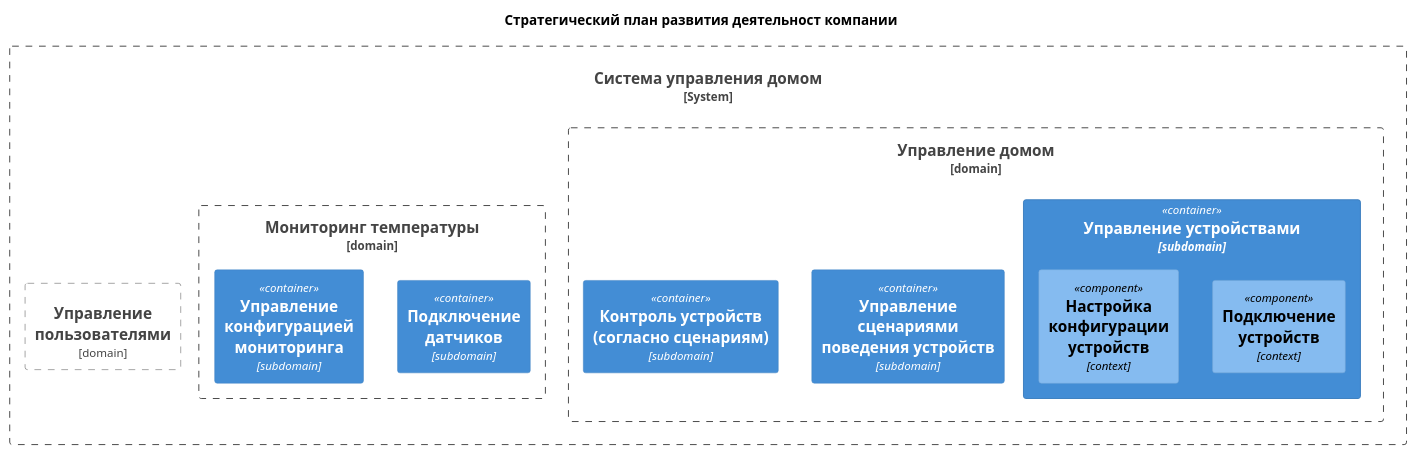
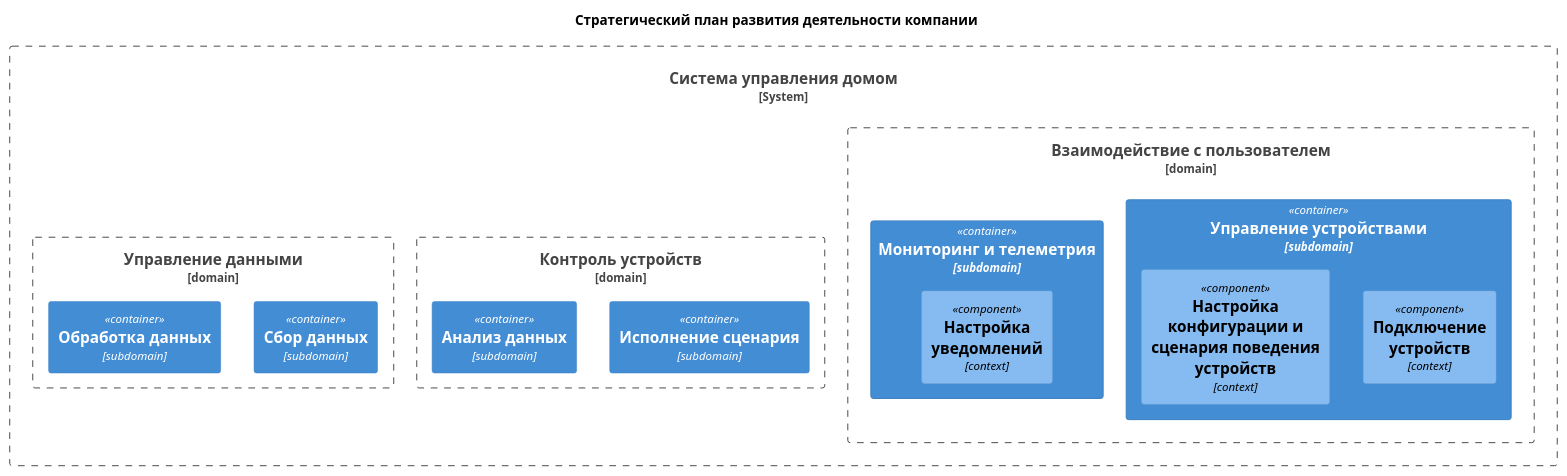
The diagram in arch/current state/domains to be.puml (asbelon/architecture-sprint-3), drawn with PlantUML before and after one commit. The commit also changed 10 other files, not shown here.

```diff
--- a/arch/current state/domains to be.puml
+++ b/arch/current state/domains to be.puml
@@ -1,23 +1,26 @@
 @startuml
-title Стратегический план развития деятельност компании
+title Стратегический план развития деятельности компании
 
 !includeurl https://raw.githubusercontent.com/RicardoNiepel/C4-PlantUML/master/C4_Component.puml
 
 System_Boundary(HeatingControlSystem, "Система управления домом") {
-    Boundary(domain_1,"Управление пользователями", "domain")
-    Boundary(domain_2,"Управление домом", "domain"){
+    Boundary(domain_1,"Взаимодействие с пользователем", "domain") {
         Container(C1, "Управление устройствами", "subdomain") {
             Component(T1,"Подключение устройств", "context")
-            Component(T2,"Настройка конфигурации устройств", "context")
+            Component(T2,"Настройка конфигурации и сценария поведения устройств", "context")
         }
-        Container(C2, "Управление сценариями поведения устройств", "subdomain")
-        Container(C3, "Контроль устройств (согласно сценариям)", "subdomain")
+        Container(C2, "Мониторинг и телеметрия", "subdomain") {
+            Component(T3, "Настройка уведомлений", "context")
+        }
     }
-    Boundary(domain_3,"Мониторинг температуры", "domain") {
-        Container(SensorRegistration, "Подключение датчиков", "subdomain")
-        Container(SensorDataManagement, "Управление данными от датчиков", "subdomain")
-        Container(SensorDataManagement, "Управление конфигурацией мониторинга", "subdomain")
+    Boundary(domain_2, "Контроль устройств", "domain") {
+        Container(C3, "Исполнение сценария", "subdomain")
+        Container(C4, "Анализ данных", "subdomain")
+    }
+    Boundary(domain_3, "Управление данными", "domain") {
+        Container(C6, "Сбор данных", "subdomain")
+        Container(C7, "Обработка данных", "subdomain")
     }
 }
 
 @enduml
```
